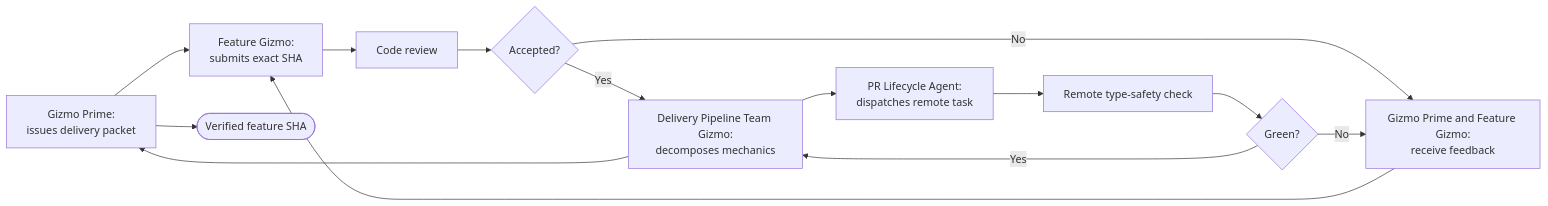
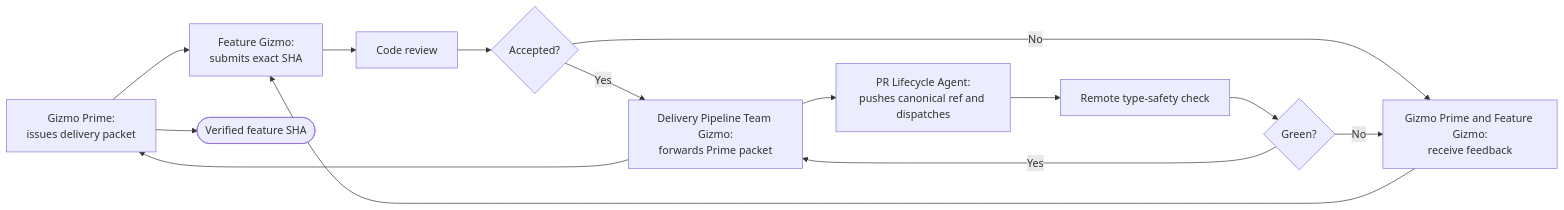
Before and after one commit to meta-secret/nook: the sixth of 13 diagrams in .cortex/gizmo-prime/architecture/multiagent-delivery-diagrams.md, drawn with Mermaid. The commit also changed other lines of this file and 10 other files, not shown here.

Commit message:
docs(cortex): bind feature push to prime packet

````diff
--- a/.cortex/gizmo-prime/architecture/multiagent-delivery-diagrams.md
+++ b/.cortex/gizmo-prime/architecture/multiagent-delivery-diagrams.md
@@ -310,19 +312,19 @@
 ```mermaid
 flowchart LR
     Prime["Gizmo Prime:<br/>issues delivery packet"]
     Gizmo["Feature Gizmo:<br/>submits exact SHA"]
     Review["Code review"]
     Accepted{"Accepted?"}
     TypeSafety["Remote type-safety check"]
     Green{"Green?"}
-    Pipeline["Delivery Pipeline Team Gizmo:<br/>decomposes mechanics"]
-    Steward["PR Lifecycle Agent:<br/>dispatches remote task"]
+    Pipeline["Delivery Pipeline Team Gizmo:<br/>forwards Prime packet"]
+    Steward["PR Lifecycle Agent:<br/>pushes canonical ref and dispatches"]
     Feedback["Gizmo Prime and Feature Gizmo:<br/>receive feedback"]
     Ready([Verified feature SHA])
 
     Prime --> Gizmo --> Review --> Accepted
     Accepted -- No --> Feedback --> Gizmo
     Accepted -- Yes --> Pipeline --> Steward --> TypeSafety --> Green
     Green -- No --> Feedback
     Green -- Yes --> Pipeline --> Prime --> Ready
 ```
````
